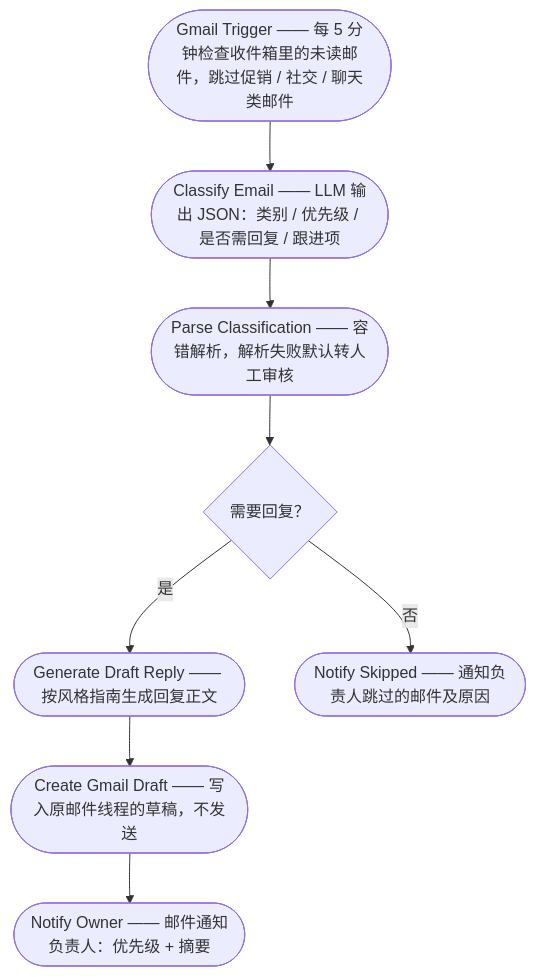
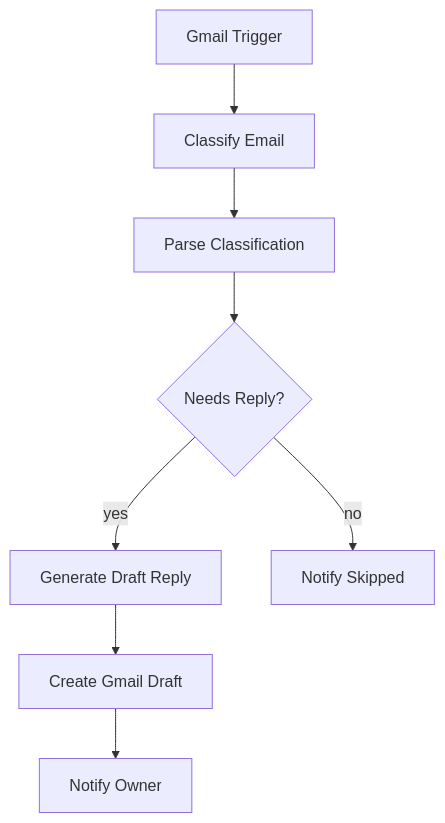
One commit to sjdgbhb/gmail-ai-assistant changed the diagram in README.md. Above: the diagram before and after it, drawn with Mermaid. The commit also changed other lines of this file, not shown here.

Commit message:
docs: simplify workflow diagram, move descriptions to table

````diff
--- a/README.md
+++ b/README.md
@@ -51,10 +51,10 @@
 ```mermaid
 flowchart TD
-    A(["Gmail Trigger —— 每 5 分钟检查收件箱里的未读邮件，跳过促销 / 社交 / 聊天类邮件"]) --> B(["Classify Email —— LLM 输出 JSON：类别 / 优先级 / 是否需回复 / 跟进项"])
-    B --> C(["Parse Classification —— 容错解析，解析失败默认转人工审核"])
-    C --> D{"需要回复？"}
-    D -- "是" --> E(["Generate Draft Reply —— 按风格指南生成回复正文"])
-    E --> F(["Create Gmail Draft —— 写入原邮件线程的草稿，不发送"])
-    F --> G(["Notify Owner —— 邮件通知负责人：优先级 + 摘要"])
-    D -- "否" --> H(["Notify Skipped —— 通知负责人跳过的邮件及原因"])
+    A[Gmail Trigger] --> B[Classify Email]
+    B --> C[Parse Classification]
+    C --> D{Needs Reply?}
+    D -- "yes" --> E[Generate Draft Reply]
+    E --> F[Create Gmail Draft]
+    F --> G[Notify Owner]
+    D -- "no" --> H[Notify Skipped]
 ```
````
